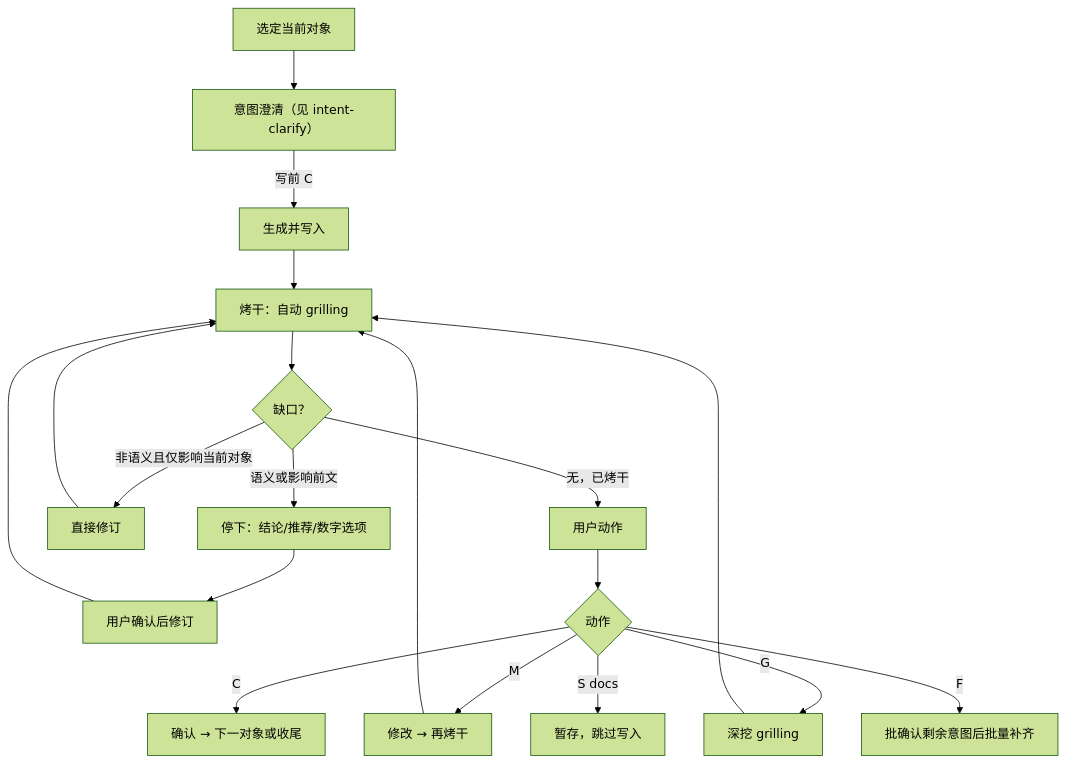
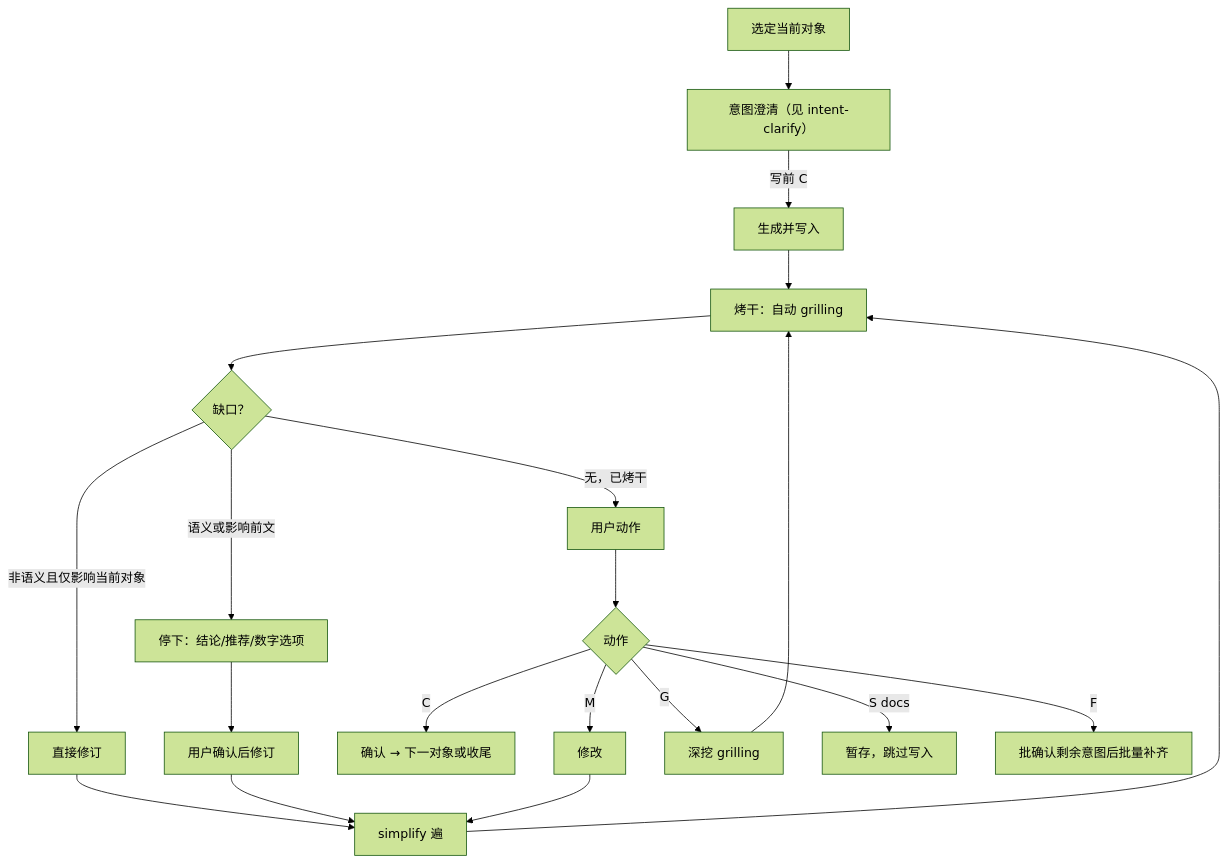
The first of 2 diagrams in agent/references/unit-cycle-protocol.md (oleewen/ai-knowledge), drawn with Mermaid (forest theme) before and after one commit. The commit also changed other lines of this file and 41 other files, not shown here.

````diff
--- a/agent/references/unit-cycle-protocol.md
+++ b/agent/references/unit-cycle-protocol.md
@@ -29,21 +29,22 @@
 ```mermaid
 flowchart TD
     A0["选定当前对象"] --> A1["意图澄清（见 intent-clarify）"]
     A1 -->|写前 C| A["生成并写入"]
     A --> B["烤干：自动 grilling"]
     B --> C{"缺口？"}
     C -->|无，已烤干| D["用户动作"]
     C -->|非语义且仅影响当前对象| E["直接修订"]
     C -->|语义或影响前文| F["停下：结论/推荐/数字选项"]
-    E --> B
+    E --> SP["simplify 遍"]
     F --> G["用户确认后修订"]
-    G --> B
+    G --> SP
+    SP --> B
     D --> H{"动作"}
     H -->|C| I["确认 → 下一对象或收尾"]
-    H -->|M| J["修改 → 再烤干"]
+    H -->|M| J["修改"]
     H -->|G| K["深挖 grilling"]
     H -->|S docs| L["暂存，跳过写入"]
     H -->|F| M["批确认剩余意图后批量补齐"]
-    J --> B
+    J --> SP
     K --> B
 ```
````
